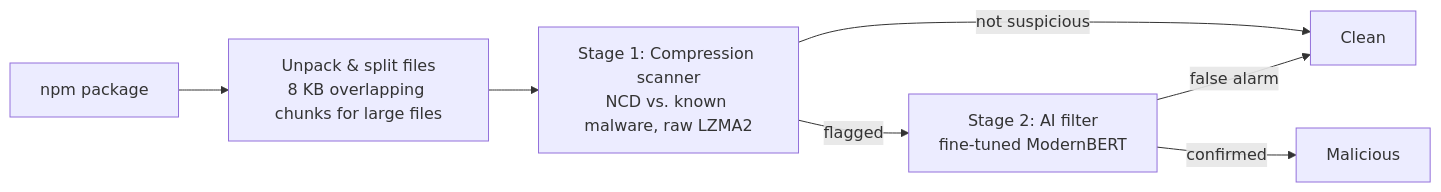
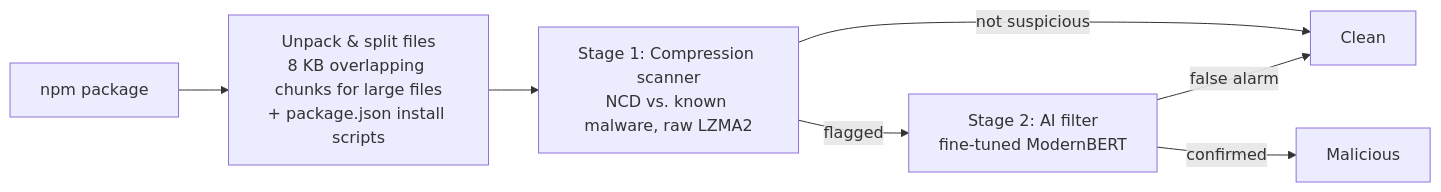
Before and after one commit to asembarhoush-dotcom/PackGuard: the diagram in README.md, drawn with Mermaid. The commit also changed other lines of this file and 436 other files, not shown here.

First line of the commit message:
Scan install scripts; 64 KiB dictionary, thread pool, inverted LZJD index

````diff
--- a/README.md
+++ b/README.md
@@ -22,9 +22,9 @@
 ```mermaid
 flowchart LR
-    A[npm package] --> B[Unpack & split files<br/>8 KB overlapping chunks for large files]
+    A[npm package] --> B[Unpack & split files<br/>8 KB overlapping chunks for large files<br/>+ package.json install scripts]
     B --> C[Stage 1: Compression scanner<br/>NCD vs. known malware, raw LZMA2]
     C -->|not suspicious| D[Clean]
     C -->|flagged| E[Stage 2: AI filter<br/>fine-tuned ModernBERT]
     E -->|false alarm| D
     E -->|confirmed| F[Malicious]
 ```
````
